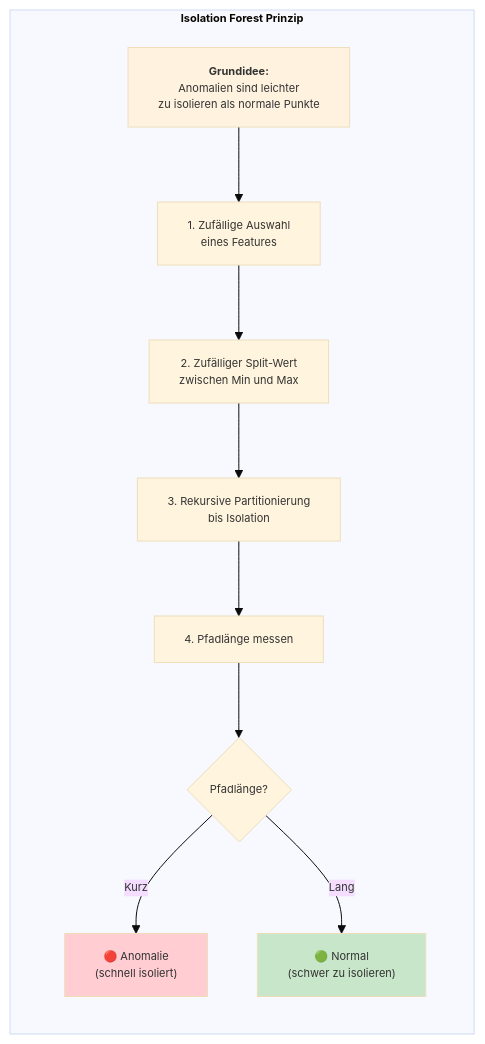
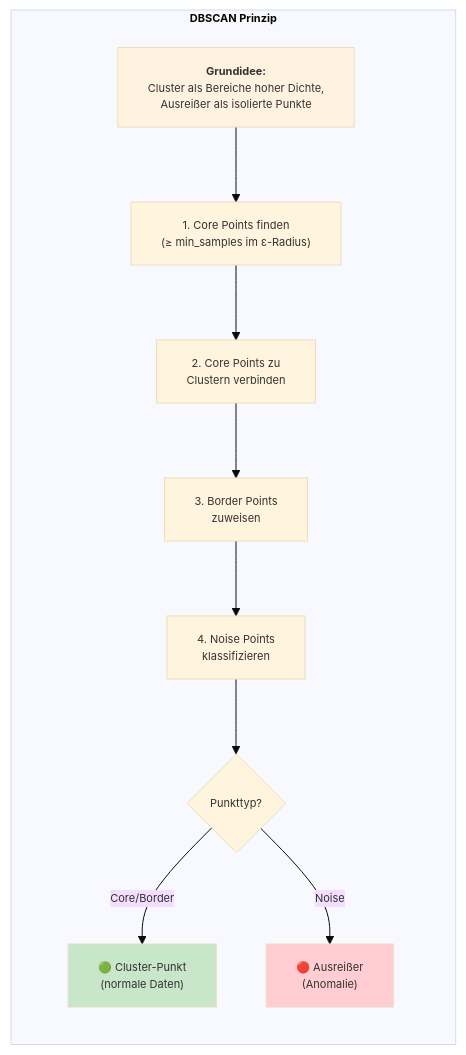
One commit to ralf-42/ML_Intro changed the ninth of 10 diagrams in docs/concepts/prepare/outlier.md. Above: the diagram before and after it, drawn with Mermaid. The commit also changed other lines of this file and 19 other files, not shown here.

````diff
--- a/docs/concepts/prepare/outlier.md
+++ b/docs/concepts/prepare/outlier.md
@@ -265,23 +268,23 @@
 ```mermaid
 %%{init: {'theme': 'base', 'themeVariables': {'fontSize': '11px'}}}%%
 flowchart TD
-    subgraph iforest["<b>Isolation Forest Prinzip"]
+    subgraph dbscan["<b>DBSCAN Prinzip"]
         direction TB
-        idea["<b>Grundidee:</b><br/>Anomalien sind leichter<br/>zu isolieren als normale Punkte"]
+        idea["<b>Grundidee:</b><br/>Cluster als Bereiche hoher Dichte,<br/>Ausreißer als isolierte Punkte"]
 
-        step1["1. Zufällige Auswahl<br/>eines Features"]
-        step2["2. Zufälliger Split-Wert<br/>zwischen Min und Max"]
-        step3["3. Rekursive Partitionierung<br/>bis Isolation"]
-        step4["4. Pfadlänge messen"]
+        step1["1. Core Points finden<br/>(≥ min_samples im ε-Radius)"]
+        step2["2. Core Points zu<br/>Clustern verbinden"]
+        step3["3. Border Points<br/>zuweisen"]
+        step4["4. Noise Points<br/>klassifizieren"]
 
         idea --> step1 --> step2 --> step3 --> step4
 
-        step4 --> result{"Pfadlänge?"}
-        result -->|"Kurz"| anomaly["🔴 Anomalie<br/>(schnell isoliert)"]
-        result -->|"Lang"| normal["🟢 Normal<br/>(schwer zu isolieren)"]
+        step4 --> result{"Punkttyp?"}
+        result -->|"Core/Border"| normal["🟢 Cluster-Punkt<br/>(normale Daten)"]
+        result -->|"Noise"| anomaly["🔴 Ausreißer<br/>(Anomalie)"]
     end
 
     style idea fill:#fff3e0
     style anomaly fill:#ffcdd2
     style normal fill:#c8e6c9
 ```
````
